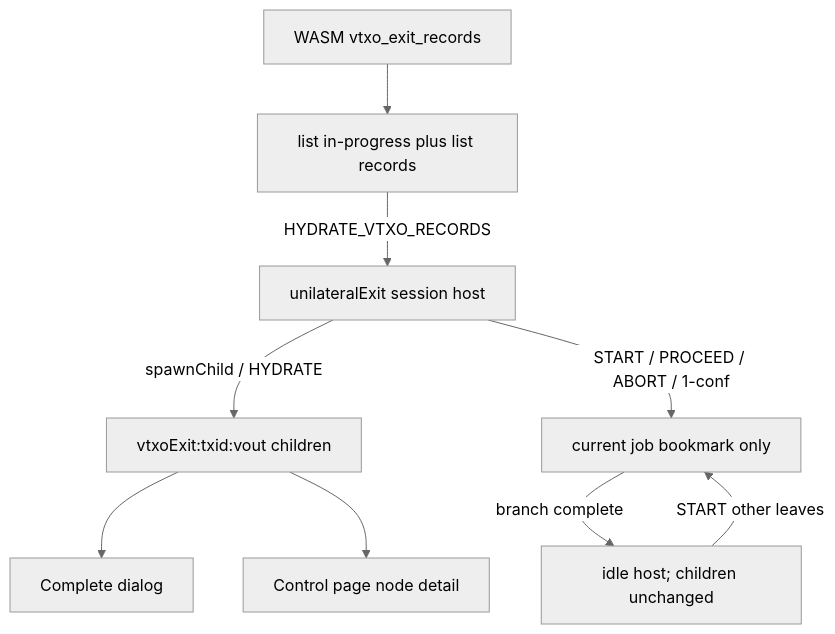
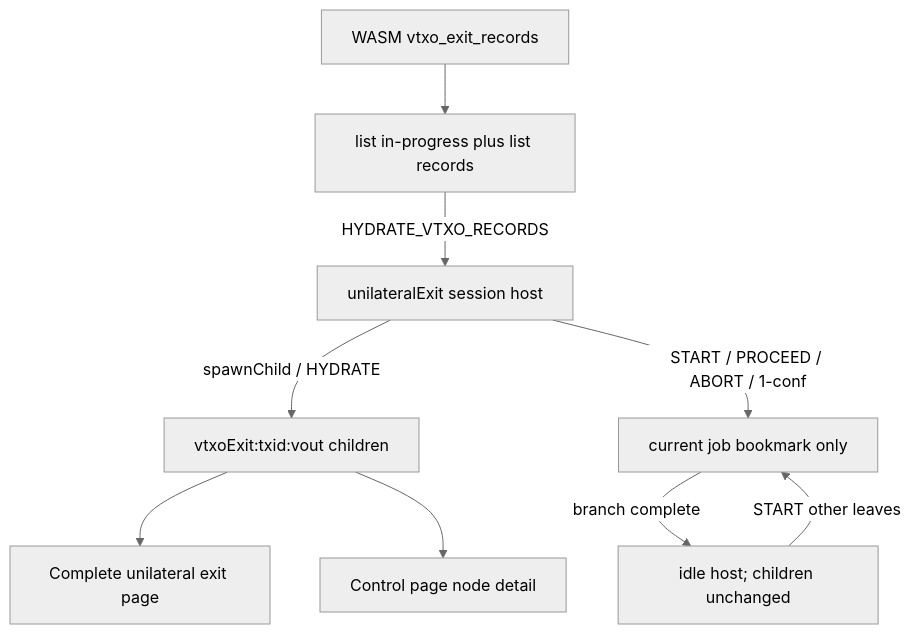
Before and after one commit to Radivis/bitboard-pwa-wallet: the second of 3 diagrams in docs/unilateral-exit.md, drawn with Mermaid (neutral theme). The commit also changed 18 other files, not shown here.

Commit message:
Complete unilateral exit is now its own dedicated page

````diff
--- a/docs/unilateral-exit.md
+++ b/docs/unilateral-exit.md
@@ -232,17 +232,17 @@
 ```mermaid
 flowchart TD
   wasmRecords["WASM vtxo_exit_records"]
   listRpc["list in-progress plus list records"]
   parent["unilateralExit session host"]
   children["vtxoExit:txid:vout children"]
-  completeUi["Complete dialog"]
+  completeUi["Complete unilateral exit page"]
   controlUi["Control page node detail"]
   wasmRecords --> listRpc
   listRpc -->|"HYDRATE_VTXO_RECORDS"| parent
   parent -->|"spawnChild / HYDRATE"| children
   children --> completeUi
   children --> controlUi
   parent -->|"START / PROCEED / ABORT / 1-conf"| broadcast["current job bookmark only"]
   broadcast -->|"branch complete"| idleHost["idle host; children unchanged"]
   idleHost -->|"START other leaves"| broadcast
 ```
````
